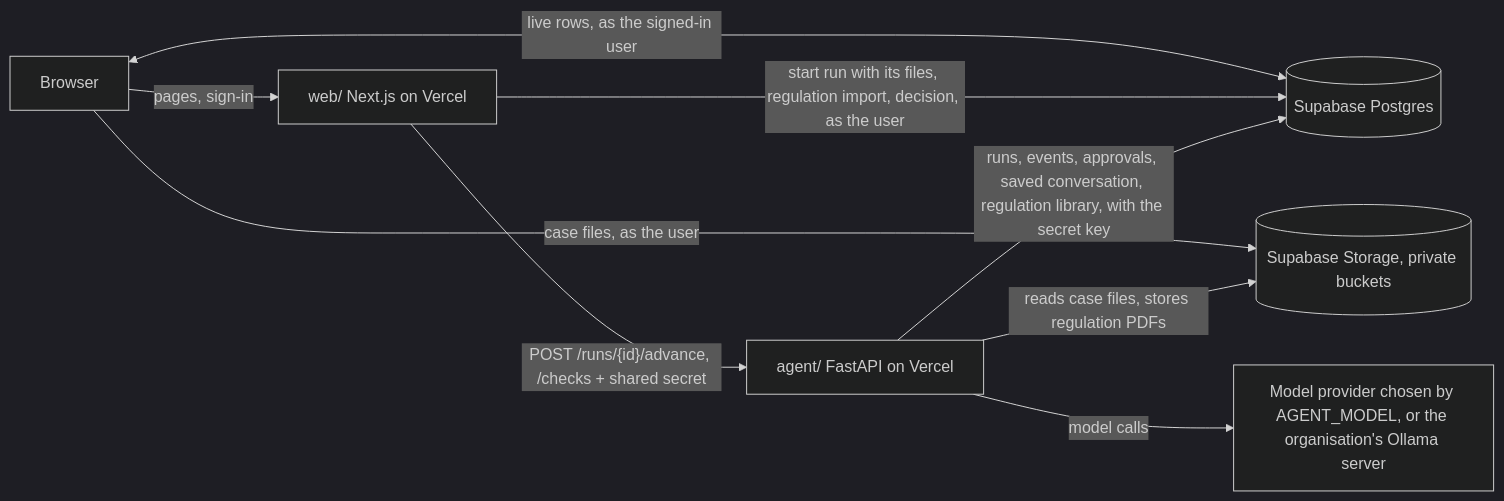
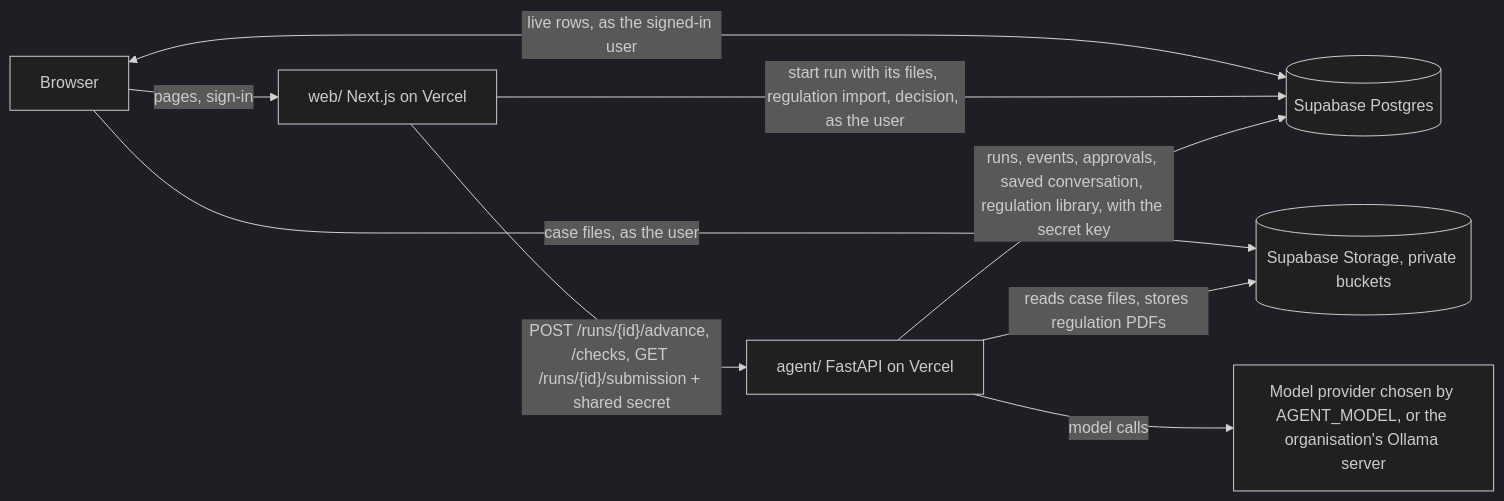
The diagram in docs/architecture.md (space-agents-hack/industrial-hackathon-space-agents), drawn with Mermaid (dark theme) before and after one commit. The commit also changed 9 other files, not shown here.

````diff
--- a/docs/architecture.md
+++ b/docs/architecture.md
@@ -13,11 +13,11 @@
 ```mermaid
 flowchart LR
   B[Browser] -->|pages, sign-in| W[web/ Next.js on Vercel]
   B <-->|live rows, as the signed-in user| D[(Supabase Postgres)]
   B -->|case files, as the user| F[(Supabase Storage, private buckets)]
   W -->|start run with its files, regulation import, decision, as the user| D
-  W -->|"POST /runs/{id}/advance, /checks + shared secret"| A[agent/ FastAPI on Vercel]
+  W -->|"POST /runs/{id}/advance, /checks, GET /runs/{id}/submission + shared secret"| A[agent/ FastAPI on Vercel]
   A -->|runs, events, approvals, saved conversation, regulation library, with the secret key| D
   A -->|reads case files, stores regulation PDFs| F
   A -->|model calls| M[Model provider chosen by AGENT_MODEL, or the organisation's Ollama server]
 ```
````
